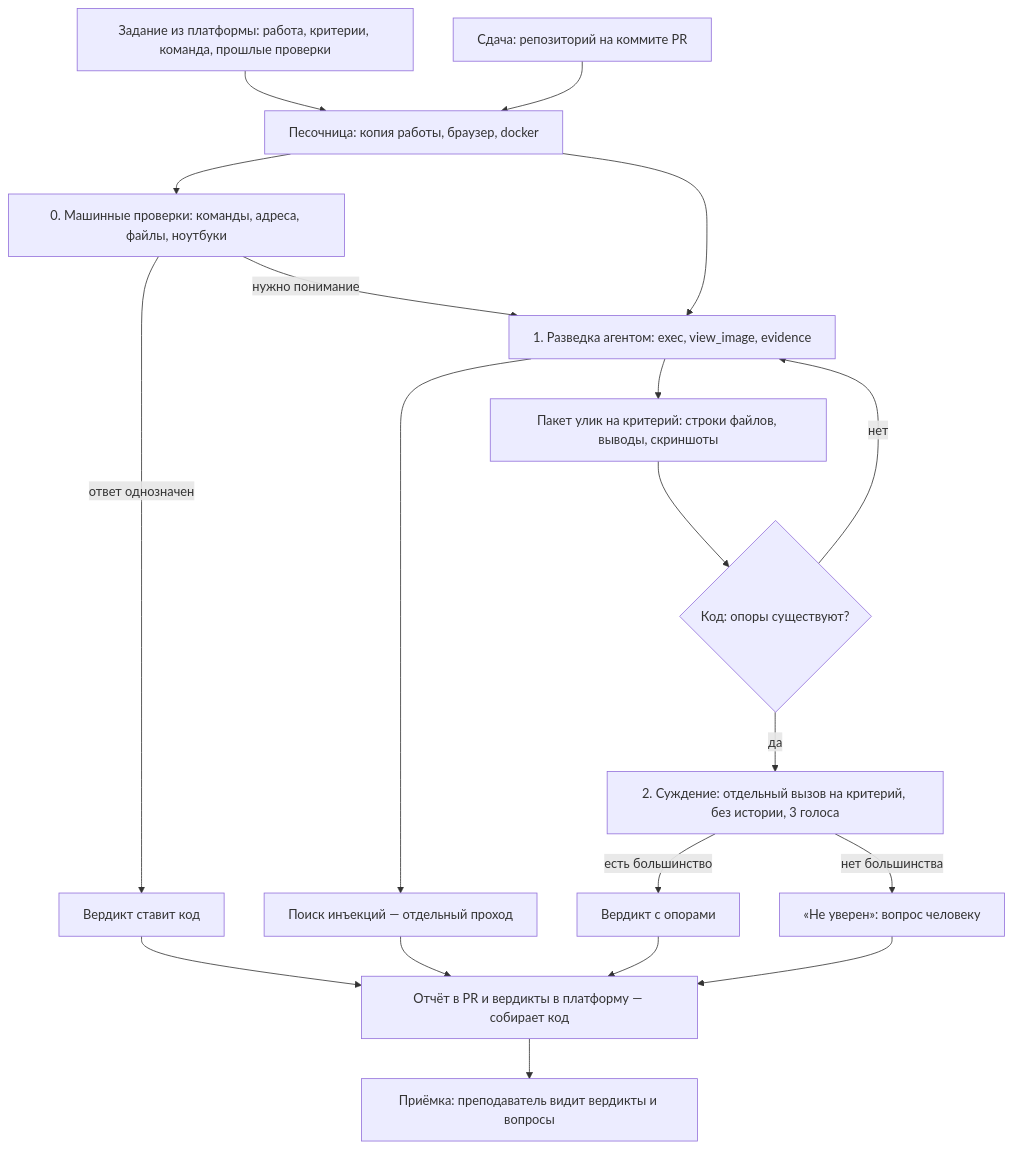
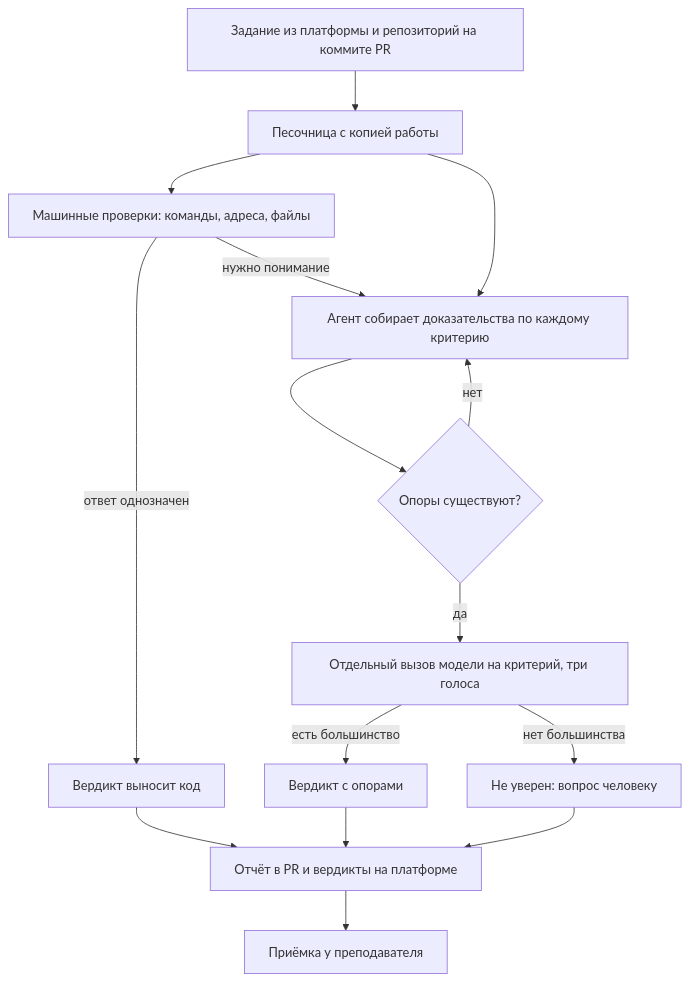
The fourth of 5 diagrams in docs/ml_system_design_doc.md (ChS23/mlsd-judge), drawn with Mermaid before and after one commit. The commit also changed other lines of this file and 5 other files, not shown here.

````diff
--- a/docs/ml_system_design_doc.md
+++ b/docs/ml_system_design_doc.md
@@ -418,26 +317,18 @@
 ```mermaid
 %%{init: {"flowchart": {"wrappingWidth": 360}}}%%
 flowchart TB
-    T[Задание из платформы: работа, критерии, команда, прошлые проверки] --> SB
-    PR[Сдача: репозиторий на коммите PR] --> SB[Песочница: копия работы, браузер, docker]
-
-    SB --> M[0. Машинные проверки: команды, адреса, файлы, ноутбуки]
-    SB --> S[1. Разведка агентом: exec, view_image, evidence]
-    M -->|ответ однозначен| VC[Вердикт ставит код]
+    IN[Задание из платформы и репозиторий на коммите PR] --> SB[Песочница с копией работы]
+    SB --> M[Машинные проверки: команды, адреса, файлы]
+    SB --> S[Агент собирает доказательства по каждому критерию]
+    M -->|ответ однозначен| VC[Вердикт выносит код]
     M -->|нужно понимание| S
-    S --> INJ[Поиск инъекций — отдельный проход]
-
-    S --> EV[Пакет улик на критерий: строки файлов, выводы, скриншоты]
-    EV --> CHK{Код: опоры существуют?}
+    S --> CHK{Опоры существуют?}
     CHK -->|нет| S
-    CHK -->|да| J[2. Суждение: отдельный вызов на критерий, без истории, 3 голоса]
-
+    CHK -->|да| J[Отдельный вызов модели на критерий, три голоса]
     J -->|есть большинство| V[Вердикт с опорами]
-    J -->|нет большинства| U[«Не уверен»: вопрос человеку]
-
-    VC --> REP[Отчёт в PR и вердикты в платформу — собирает код]
+    J -->|нет большинства| U[Не уверен: вопрос человеку]
+    VC --> REP[Отчёт в PR и вердикты на платформе]
     V --> REP
     U --> REP
-    INJ --> REP
-    REP --> H[Приёмка: преподаватель видит вердикты и вопросы]
+    REP --> H[Приёмка у преподавателя]
 ```
````
